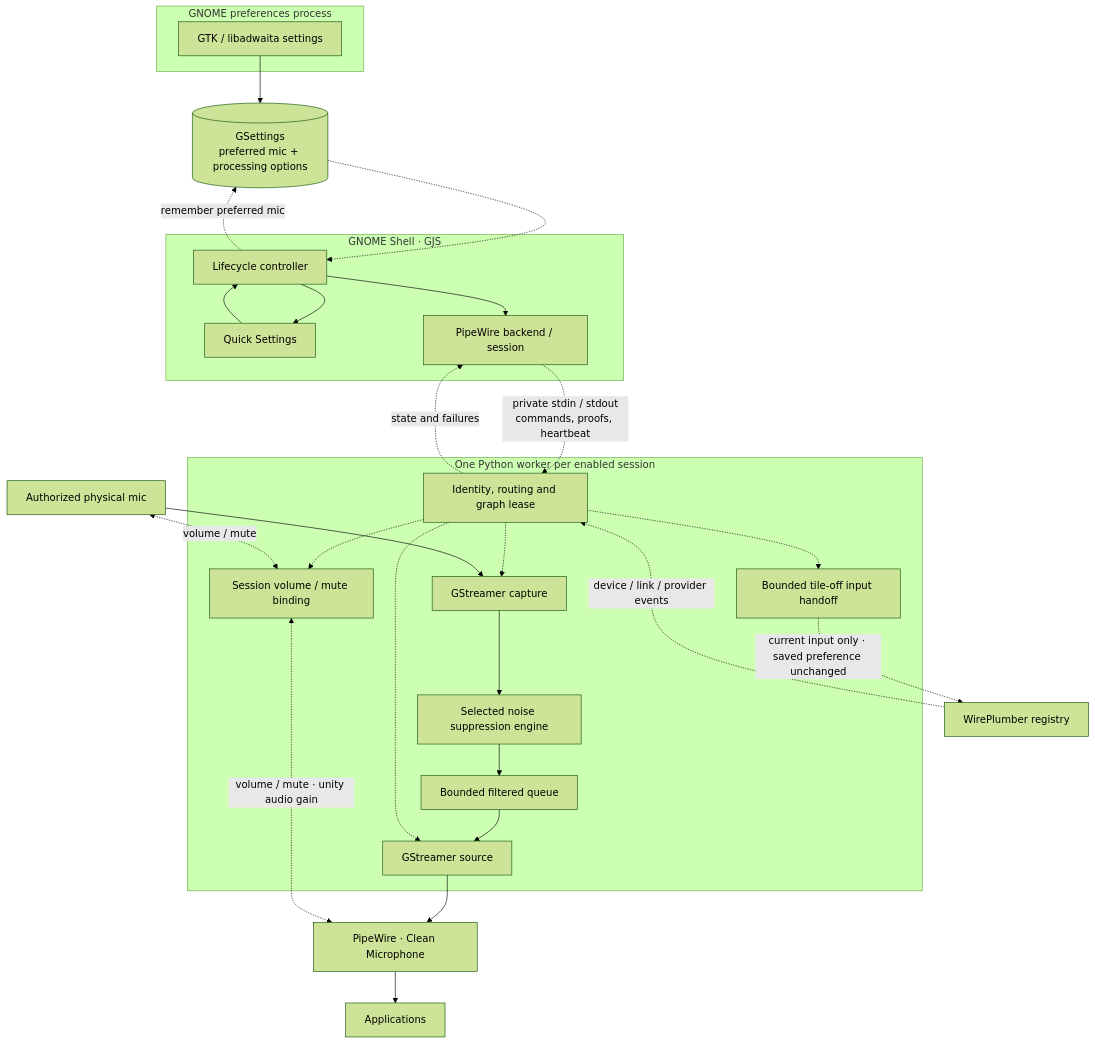
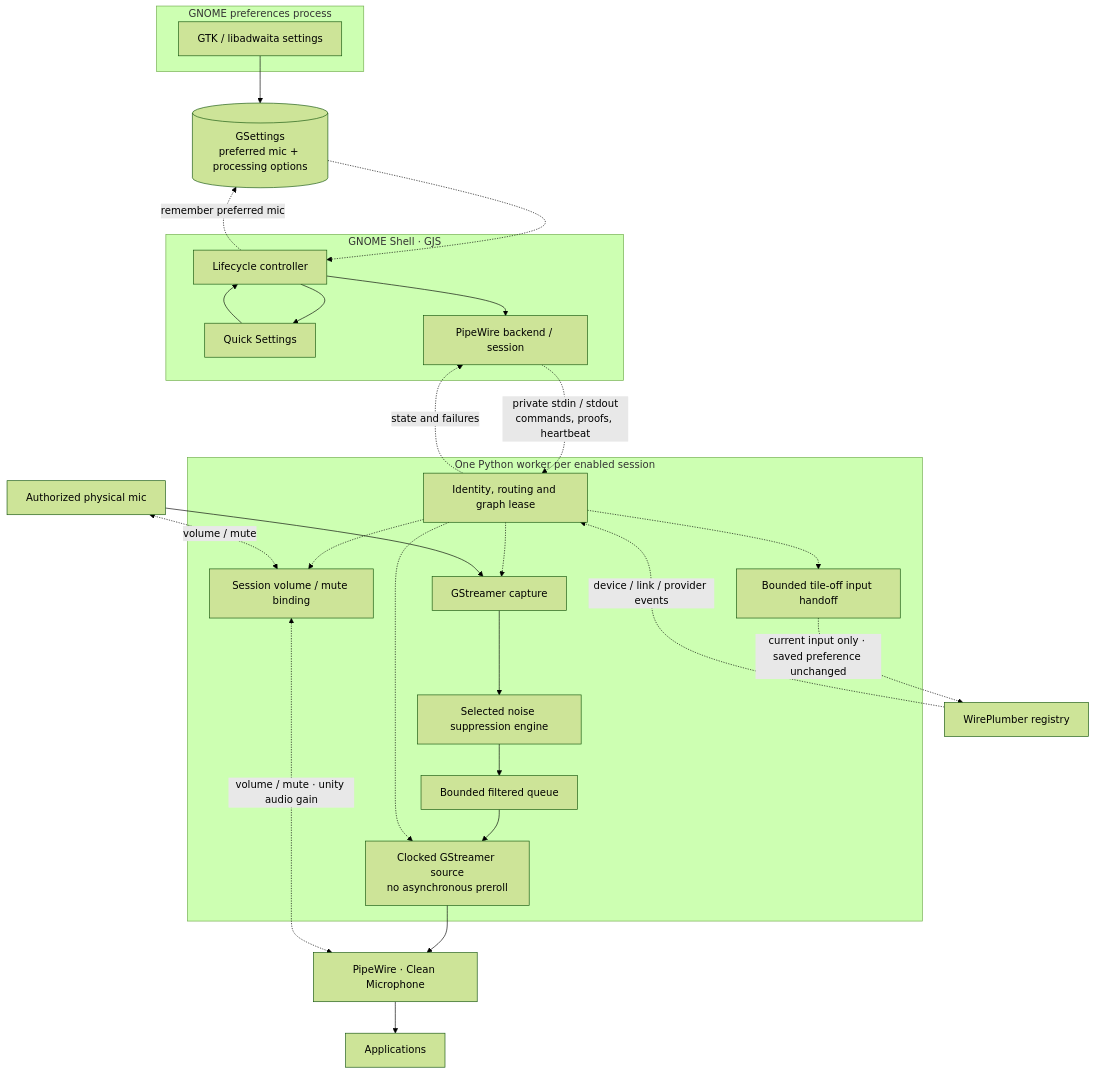
One commit to Bodyash/gnome-noise-cancellation changed the first of 3 diagrams in docs/ARCHITECTURE.md. Above: the diagram before and after it, drawn with Mermaid (forest theme). The commit also changed other lines of this file and 13 other files, not shown here.

````diff
--- a/docs/ARCHITECTURE.md
+++ b/docs/ARCHITECTURE.md
@@ -9,34 +9,34 @@
 ```mermaid
 flowchart TB
     subgraph Preferences["GNOME preferences process"]
         Settings["GTK / libadwaita settings"]
     end
     Saved[("GSettings<br/>preferred mic + processing options")]
     subgraph Shell["GNOME Shell · GJS"]
         Tile["Quick Settings"] --> Controller["Lifecycle controller"]
         Controller --> Adapter["PipeWire backend / session"]
         Controller --> Tile
     end
     subgraph Worker["One Python worker per enabled session"]
         Supervisor["Identity, routing and graph lease"]
         Mixer["Session volume / mute binding"]
         Handoff["Bounded tile-off input handoff"]
         Capture["GStreamer capture"] --> Engine["Selected noise suppression engine"]
-        Engine --> Queue["Bounded filtered queue"] --> Output["GStreamer source"]
+        Engine --> Queue["Bounded filtered queue"] --> Output["Clocked GStreamer source<br/>no asynchronous preroll"]
         Supervisor -.-> Capture
         Supervisor -.-> Output
         Supervisor -.-> Mixer
         Supervisor -.-> Handoff
     end
     Mic["Authorized physical mic"] --> Capture
     Output --> Clean["PipeWire · Clean Microphone"] --> Apps["Applications"]
     Mic <-.->|"volume / mute"| Mixer
     Mixer <-.->|"volume / mute · unity audio gain"| Clean
     Handoff -.->|"current input only · saved preference unchanged"| WP
     Settings --> Saved
     Saved -.-> Controller
     Controller -.->|"remember preferred mic"| Saved
     Adapter -.->|"private stdin / stdout<br/>commands, proofs, heartbeat"| Supervisor
     Supervisor -.->|"state and failures"| Adapter
     WP["WirePlumber registry"] -.->|"device / link / provider events"| Supervisor
 ```
````
